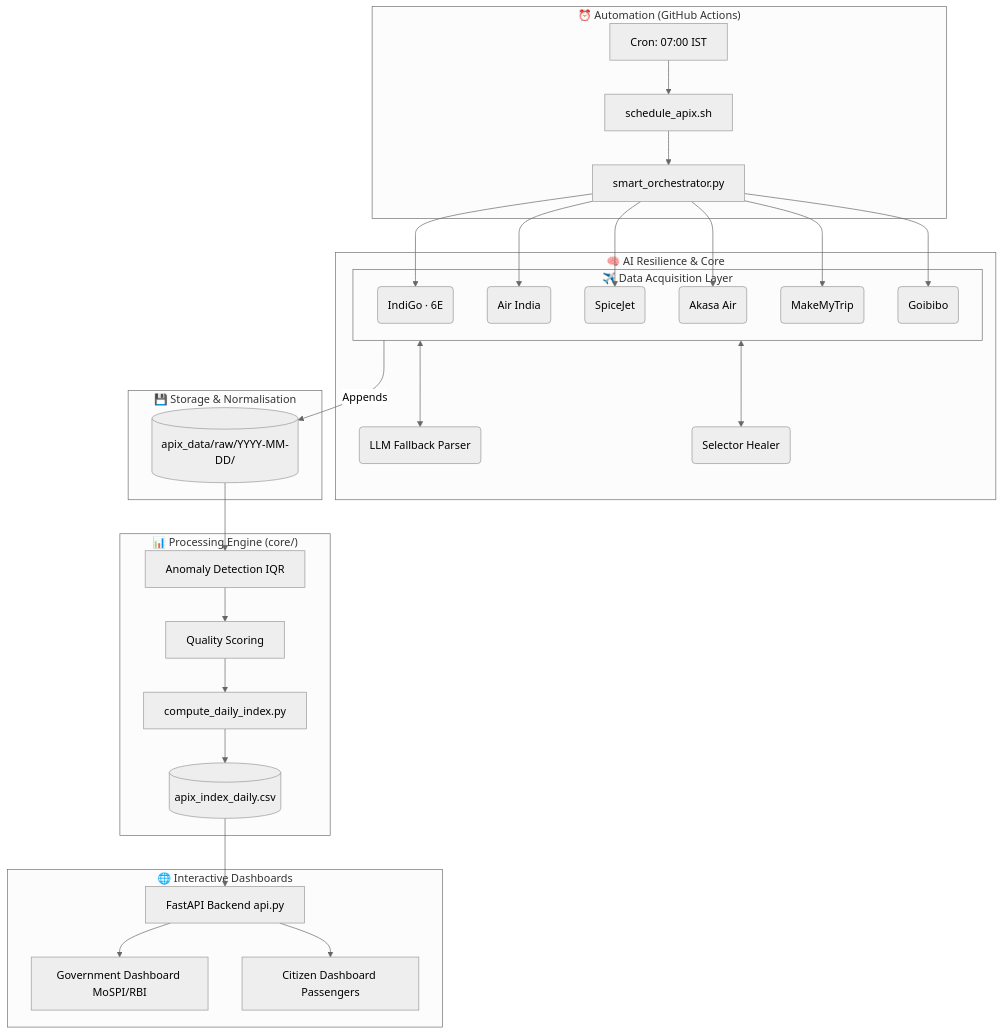
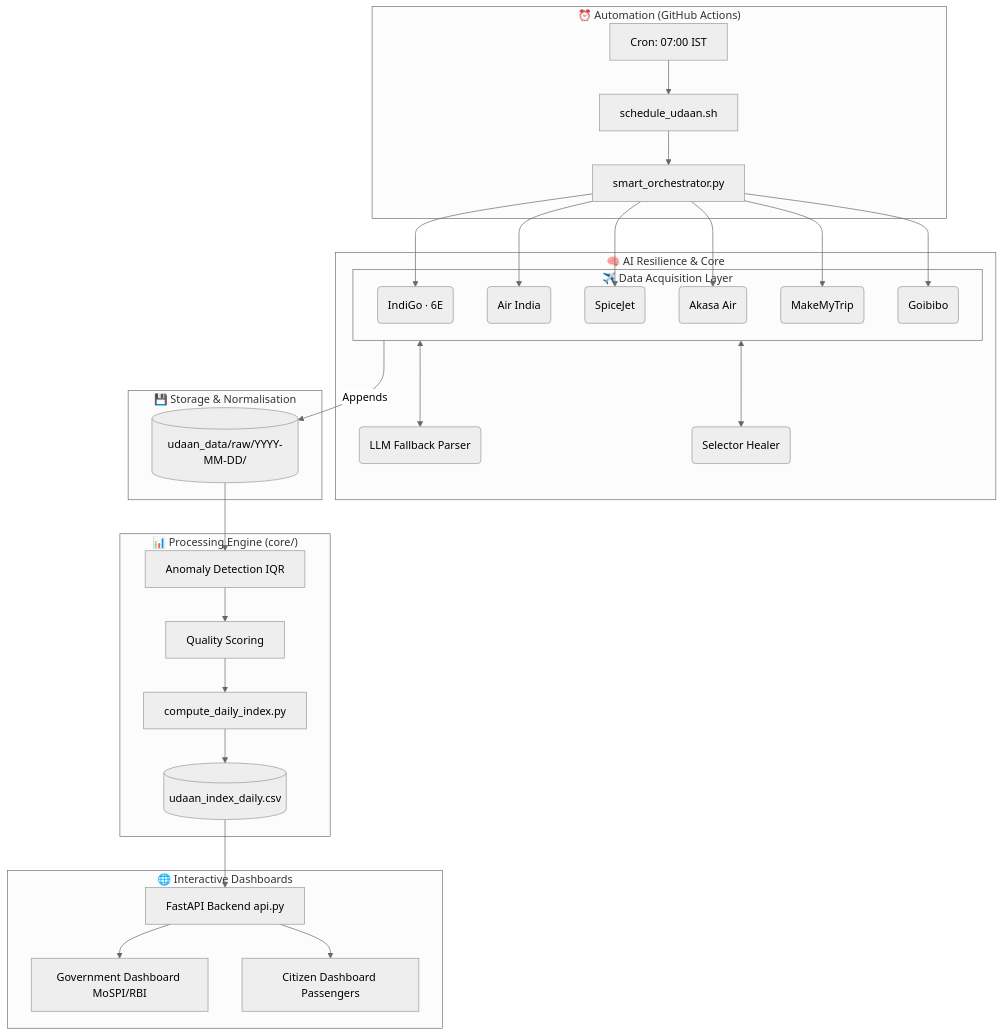
The second of 2 diagrams in README.md (Rishavroy-2006/APIx), drawn with Mermaid (neutral theme) before and after one commit. The commit also changed other lines of this file and 84 other files, not shown here.

````diff
--- a/README.md
+++ b/README.md
@@ -47,38 +47,38 @@
 ```mermaid
 graph TD
     subgraph Automation ["⏰ Automation (GitHub Actions)"]
-        GA[Cron: 07:00 IST] --> SH[schedule_apix.sh]
+        GA[Cron: 07:00 IST] --> SH[schedule_udaan.sh]
         SH --> SO[smart_orchestrator.py]
     end
 
     subgraph Scrapers ["✈️ Data Acquisition Layer"]
         SO --> I(IndiGo · 6E)
         SO --> AI(Air India)
         SO --> S(SpiceJet)
         SO --> AK(Akasa Air)
         SO --> MMT(MakeMyTrip)
         SO --> GO(Goibibo)
     end
 
     subgraph Intelligence ["🧠 AI Resilience & Core"]
         Scrapers <--> LLM(LLM Fallback Parser)
         Scrapers <--> SHL(Selector Healer)
     end
 
     subgraph Storage ["💾 Storage & Normalisation"]
-        Scrapers  -- Appends --> RAW[(apix_data/raw/YYYY-MM-DD/)]
+        Scrapers  -- Appends --> RAW[(udaan_data/raw/YYYY-MM-DD/)]
     end
 
     subgraph Processing ["📊 Processing Engine (core/)"]
         RAW --> AD[Anomaly Detection IQR]
         AD --> QS[Quality Scoring]
         QS --> CDI[compute_daily_index.py]
-        CDI --> IDX[(apix_index_daily.csv)]
+        CDI --> IDX[(udaan_index_daily.csv)]
     end
 
     subgraph Presentation ["🌐 Interactive Dashboards"]
         IDX --> API[FastAPI Backend api.py]
         API --> GOV[Government Dashboard MoSPI/RBI]
         API --> CZN[Citizen Dashboard Passengers]
     end
 ```
````
